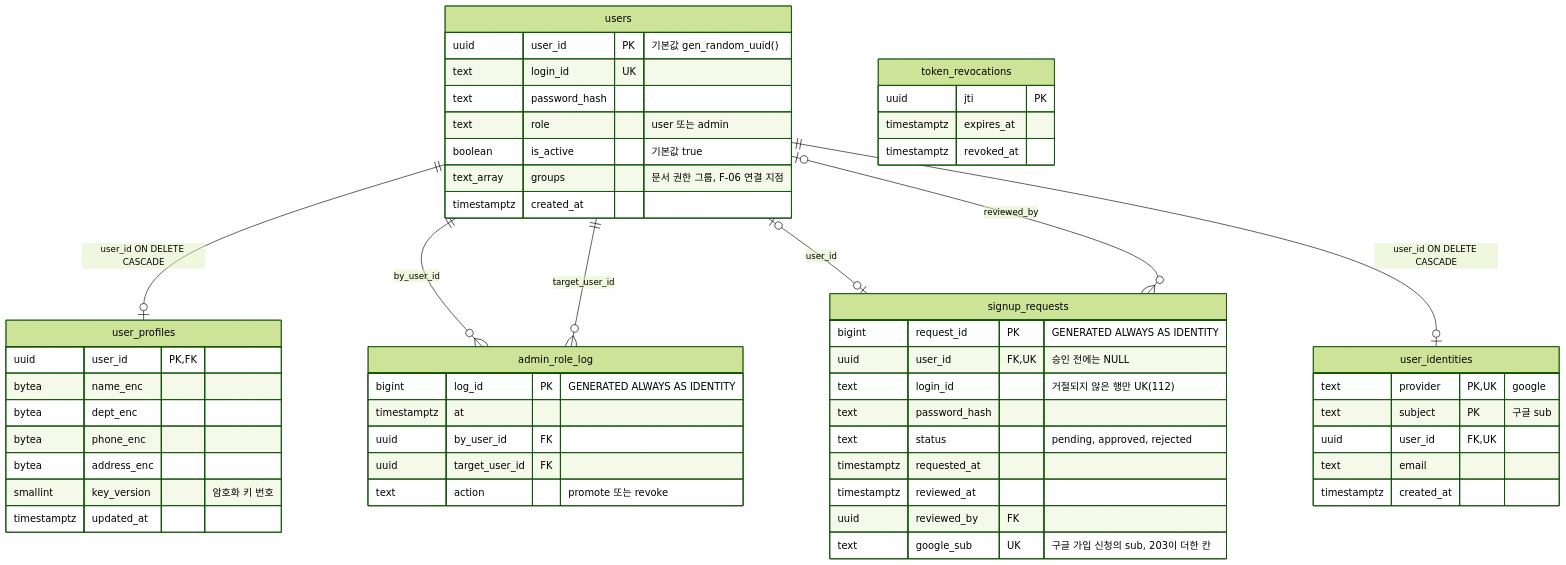
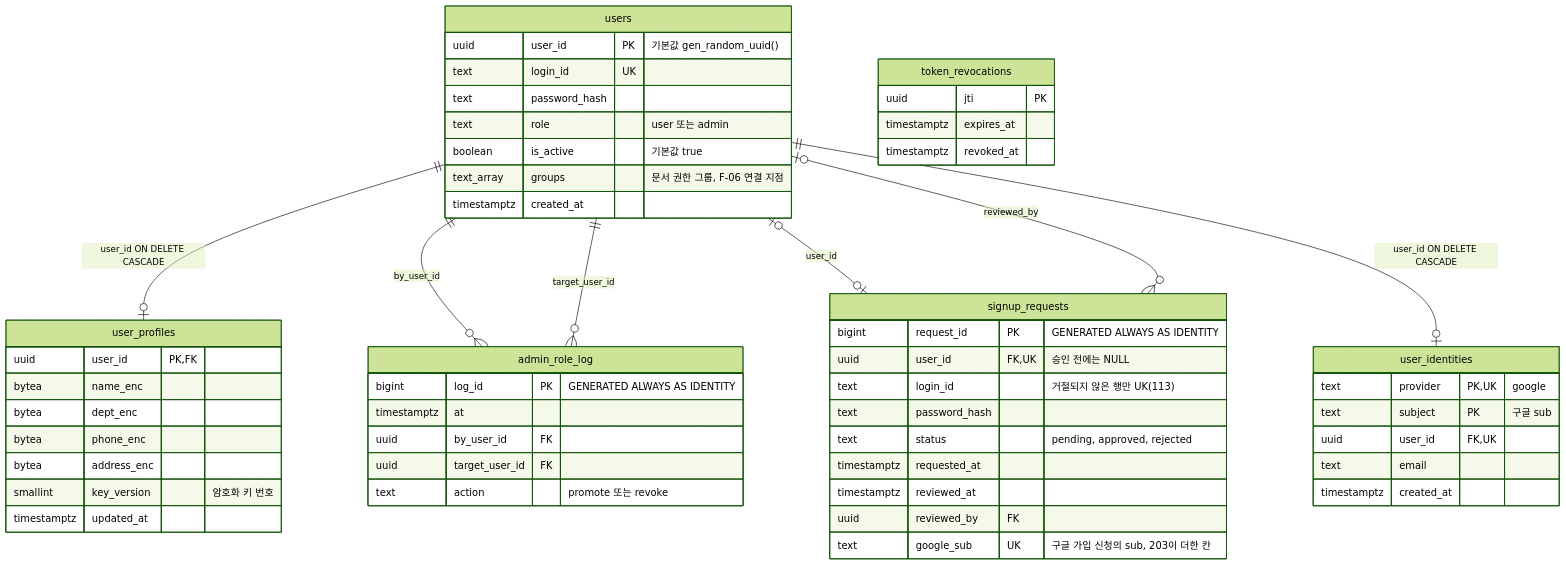
One commit to seungwook-kim/provena changed the second of 8 diagrams in docs/db/ERD.md. Above: the diagram before and after it, drawn with Mermaid (forest theme). The commit also changed 8 other files, not shown here.

````diff
--- a/docs/db/ERD.md
+++ b/docs/db/ERD.md
@@ -97,58 +97,58 @@
 ```mermaid
 erDiagram
     users ||--o| user_profiles : "user_id ON DELETE CASCADE"
     users ||--o{ admin_role_log : "by_user_id"
     users ||--o{ admin_role_log : "target_user_id"
     users |o--o| signup_requests : "user_id"
     users |o--o{ signup_requests : "reviewed_by"
     users ||--o| user_identities : "user_id ON DELETE CASCADE"
 
     users {
         uuid user_id PK "기본값 gen_random_uuid()"
         text login_id UK
         text password_hash
         text role "user 또는 admin"
         boolean is_active "기본값 true"
         text_array groups "문서 권한 그룹, F-06 연결 지점"
         timestamptz created_at
     }
     user_profiles {
         uuid user_id PK, FK
         bytea name_enc
         bytea dept_enc
         bytea phone_enc
         bytea address_enc
         smallint key_version "암호화 키 번호"
         timestamptz updated_at
     }
     admin_role_log {
         bigint log_id PK "GENERATED ALWAYS AS IDENTITY"
         timestamptz at
         uuid by_user_id FK
         uuid target_user_id FK
         text action "promote 또는 revoke"
     }
     signup_requests {
         bigint request_id PK "GENERATED ALWAYS AS IDENTITY"
         uuid user_id FK, UK "승인 전에는 NULL"
-        text login_id "거절되지 않은 행만 UK(112)"
+        text login_id "거절되지 않은 행만 UK(113)"
         text password_hash
         text status "pending, approved, rejected"
         timestamptz requested_at
         timestamptz reviewed_at
         uuid reviewed_by FK
         text google_sub UK "구글 가입 신청의 sub, 203이 더한 칸"
     }
     user_identities {
         text provider PK, UK "google"
         text subject PK "구글 sub"
         uuid user_id FK, UK
         text email
         timestamptz created_at
     }
     token_revocations {
         uuid jti PK
         timestamptz expires_at
         timestamptz revoked_at
     }
 ```
````
